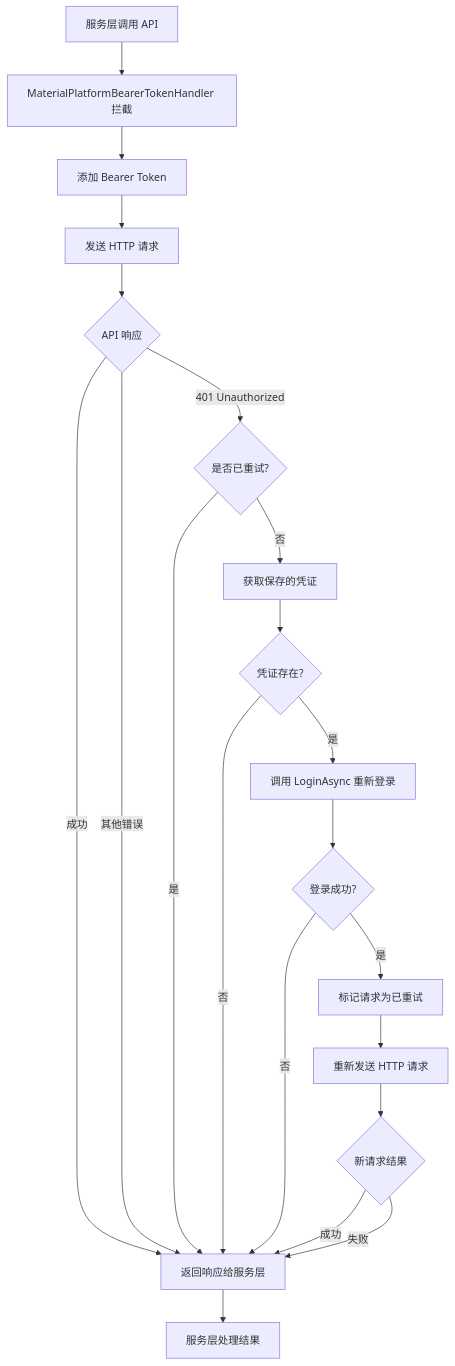
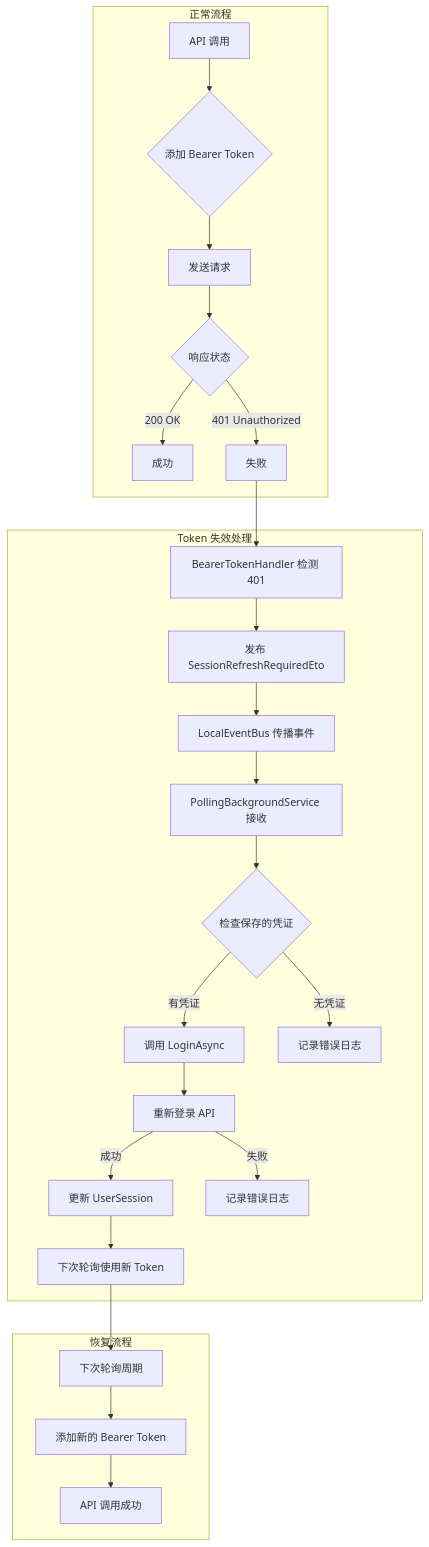
The first of 2 diagrams in openspec/changes/fix-token-refresh-on-sync-waybill/design.md (feewillowherb/MaterialClient), drawn with Mermaid before and after one commit. The commit also changed other lines of this file and 4 other files, not shown here.

````diff
--- a/openspec/changes/fix-token-refresh-on-sync-waybill/design.md
+++ b/openspec/changes/fix-token-refresh-on-sync-waybill/design.md
@@ -378,29 +133,31 @@
 ```mermaid
 flowchart TD
-    A[服务层调用 API] --> B[MaterialPlatformBearerTokenHandler 拦截]
-    B --> C[添加 Bearer Token]
-    C --> D[发送 HTTP 请求]
-    D --> E{API 响应}
+    subgraph "正常流程"
+        A[API 调用] --> B{添加 Bearer Token}
+        B --> C[发送请求]
+        C --> D{响应状态}
+        D -->|200 OK| E[成功]
+        D -->|401 Unauthorized| F[失败]
+    end
 
-    E -->|成功| F[返回响应给服务层]
-    E -->|401 Unauthorized| G{是否已重试?}
-    E -->|其他错误| F
+    subgraph "Token 失效处理"
+        F --> G[BearerTokenHandler 检测 401]
+        G --> H[发布 SessionRefreshRequiredEto]
+        H --> I[LocalEventBus 传播事件]
+        I --> J[PollingBackgroundService 接收]
+        J --> K{检查保存的凭证}
+        K -->|有凭证| L[调用 LoginAsync]
+        K -->|无凭证| M[记录错误日志]
+        L --> N[重新登录 API]
+        N -->|成功| O[更新 UserSession]
+        N -->|失败| P[记录错误日志]
+        O --> Q[下次轮询使用新 Token]
+    end
 
-    G -->|是| F
-    G -->|否| H[获取保存的凭证]
+    subgraph "恢复流程"
+        R[下次轮询周期] --> S[添加新的 Bearer Token]
+        S --> T[API 调用成功]
+    end
 
-    H --> I{凭证存在?}
-    I -->|否| F
-    I -->|是| J[调用 LoginAsync 重新登录]
-
-    J --> K{登录成功?}
-    K -->|否| F
-    K -->|是| L[标记请求为已重试]
-
-    L --> M[重新发送 HTTP 请求]
-    M --> N{新请求结果}
-    N -->|成功| F
-    N -->|失败| F
-
-    F --> O[服务层处理结果]
+    Q --> R
 ```
````
